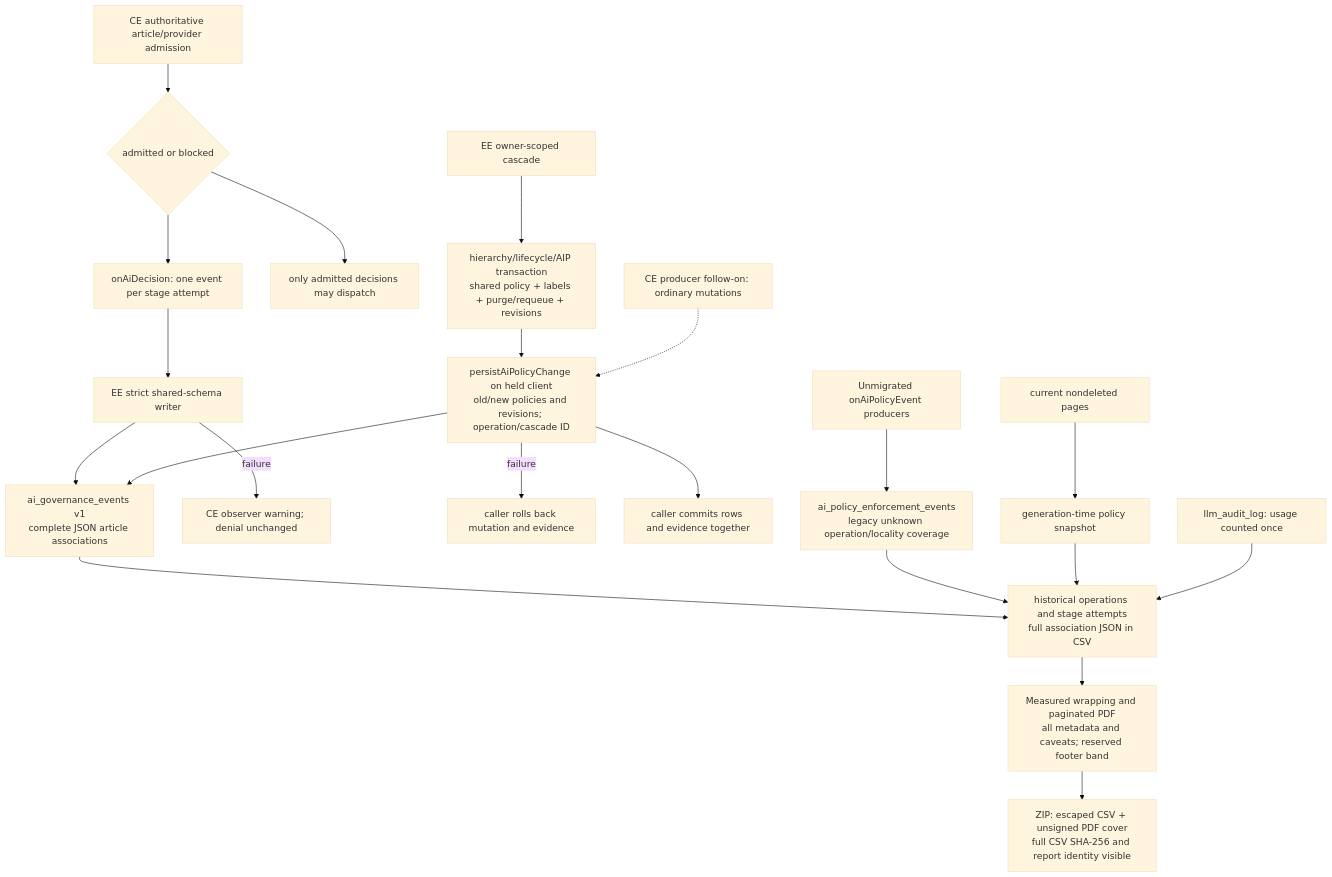
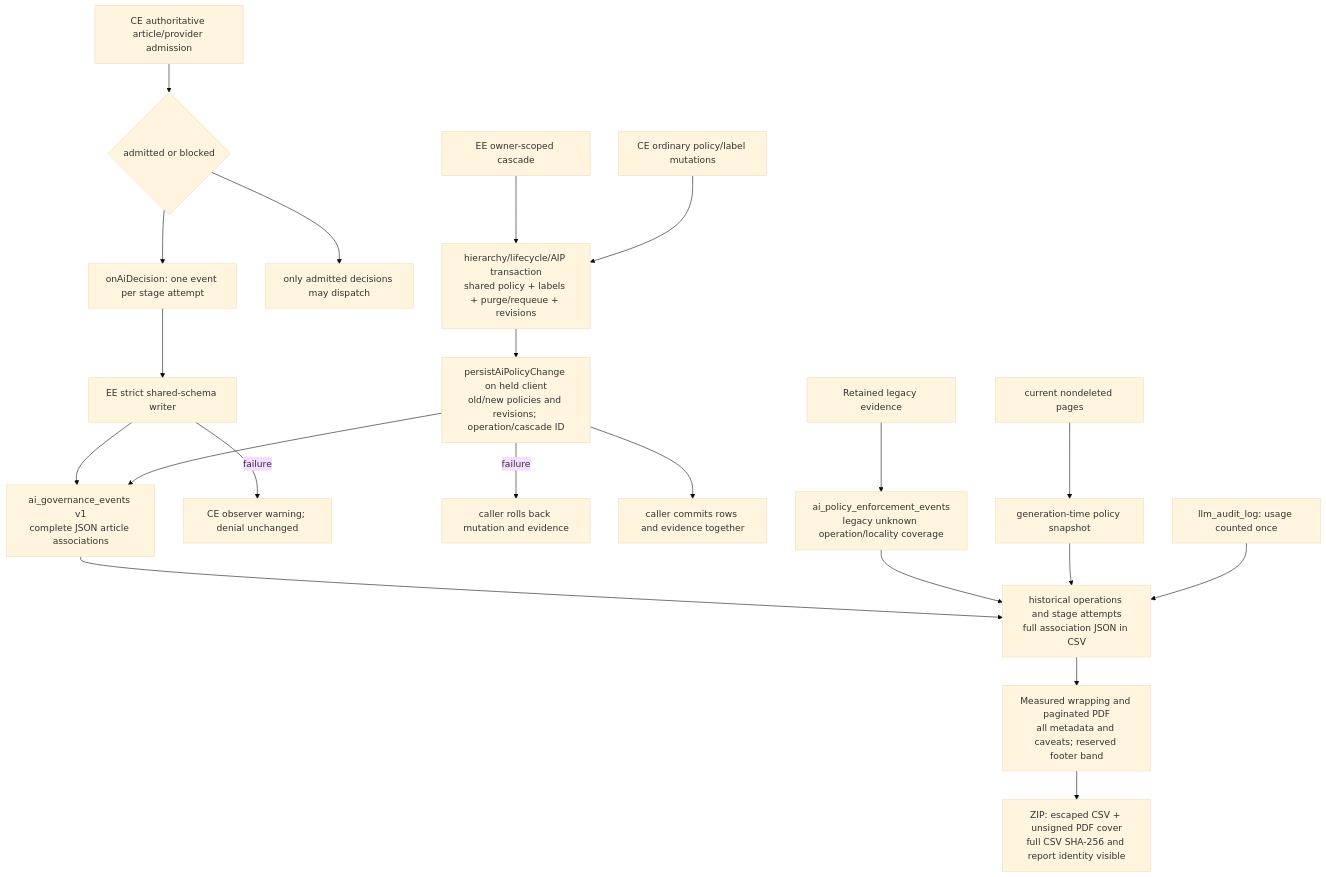
The diagram in docs/architecture/13-flow-ai-policy-audit.md (Compendiq/compendiq-ce), drawn with Mermaid (base theme) before and after one commit. The commit also changed other lines of this file and 1 other file, not shown here.

````diff
--- a/docs/architecture/13-flow-ai-policy-audit.md
+++ b/docs/architecture/13-flow-ai-policy-audit.md
@@ -3,23 +3,23 @@
 ```mermaid
 flowchart TD
     admission["CE authoritative article/provider admission"] --> decision{"admitted or blocked"}
     decision --> typed["onAiDecision: one event per stage attempt"]
     decision --> dispatch["only admitted decisions may dispatch"]
     typed --> writer["EE strict shared-schema writer"]
     writer --> events["ai_governance_events v1<br/>complete JSON article associations"]
     writer -->|failure| warning["CE observer warning; denial unchanged"]
     cascade["EE owner-scoped cascade"] --> transaction["hierarchy/lifecycle/AIP transaction<br/>shared policy + labels + purge/requeue + revisions"]
     transaction --> held["persistAiPolicyChange on held client<br/>old/new policies and revisions; operation/cascade ID"]
     held --> events
     held -->|failure| rollback["caller rolls back mutation and evidence"]
     held --> commit["caller commits rows and evidence together"]
-    ordinary["CE producer follow-on: ordinary mutations"] -.-> held
-    legacy["Unmigrated onAiPolicyEvent producers"] --> old["ai_policy_enforcement_events<br/>legacy unknown operation/locality coverage"]
+    ordinary["CE ordinary policy/label mutations"] --> transaction
+    legacy["Retained legacy evidence"] --> old["ai_policy_enforcement_events<br/>legacy unknown operation/locality coverage"]
     events --> report["historical operations and stage attempts<br/>full association JSON in CSV"]
     old --> report
     pages["current nondeleted pages"] --> snapshot["generation-time policy snapshot"]
     snapshot --> report
     usage["llm_audit_log: usage counted once"] --> report
     report --> layout["Measured wrapping and paginated PDF<br/>all metadata and caveats; reserved footer band"]
     layout --> zip["ZIP: escaped CSV + unsigned PDF cover<br/>full CSV SHA-256 and report identity visible"]
 ```
````
